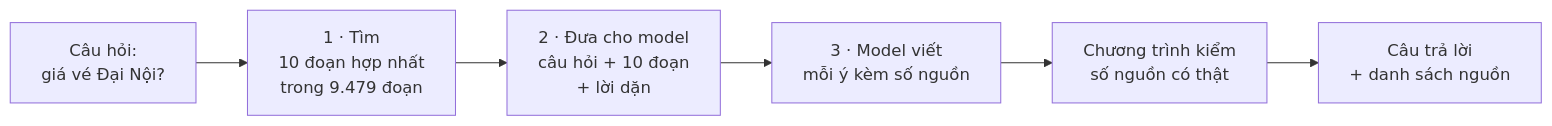
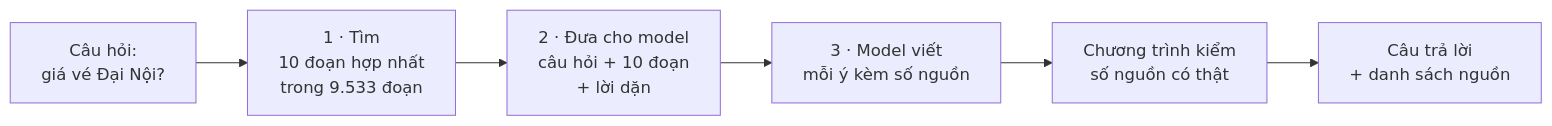
Before and after one commit to Sunny-sunnyy/chatbot-hue: the diagram in bai_hoc/giao_trinh/02_RAG_LA_GI.md, drawn with Mermaid. The commit also changed other lines of this file and 22 other files, not shown here.

````diff
--- a/bai_hoc/giao_trinh/02_RAG_LA_GI.md
+++ b/bai_hoc/giao_trinh/02_RAG_LA_GI.md
@@ -41,8 +41,8 @@
 ```mermaid
 flowchart LR
-  A["Câu hỏi:<br/>giá vé Đại Nội?"] --> B["1 · Tìm<br/>10 đoạn hợp nhất<br/>trong 9.479 đoạn"]
+  A["Câu hỏi:<br/>giá vé Đại Nội?"] --> B["1 · Tìm<br/>10 đoạn hợp nhất<br/>trong 9.533 đoạn"]
   B --> C["2 · Đưa cho model<br/>câu hỏi + 10 đoạn<br/>+ lời dặn"]
   C --> D["3 · Model viết<br/>mỗi ý kèm số nguồn"]
   D --> E["Chương trình kiểm<br/>số nguồn có thật"]
   E --> F["Câu trả lời<br/>+ danh sách nguồn"]
 ```
````
